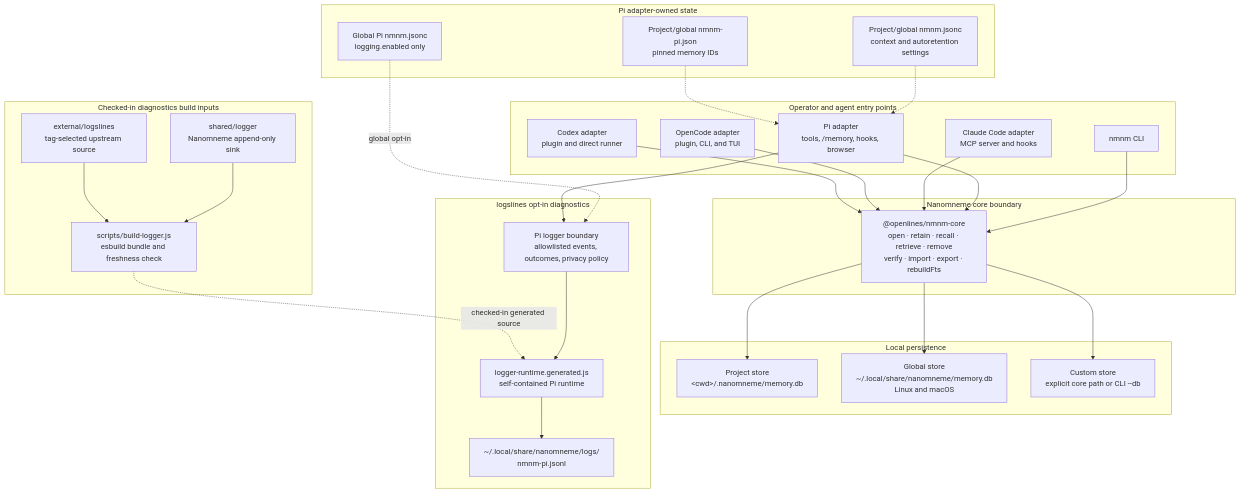
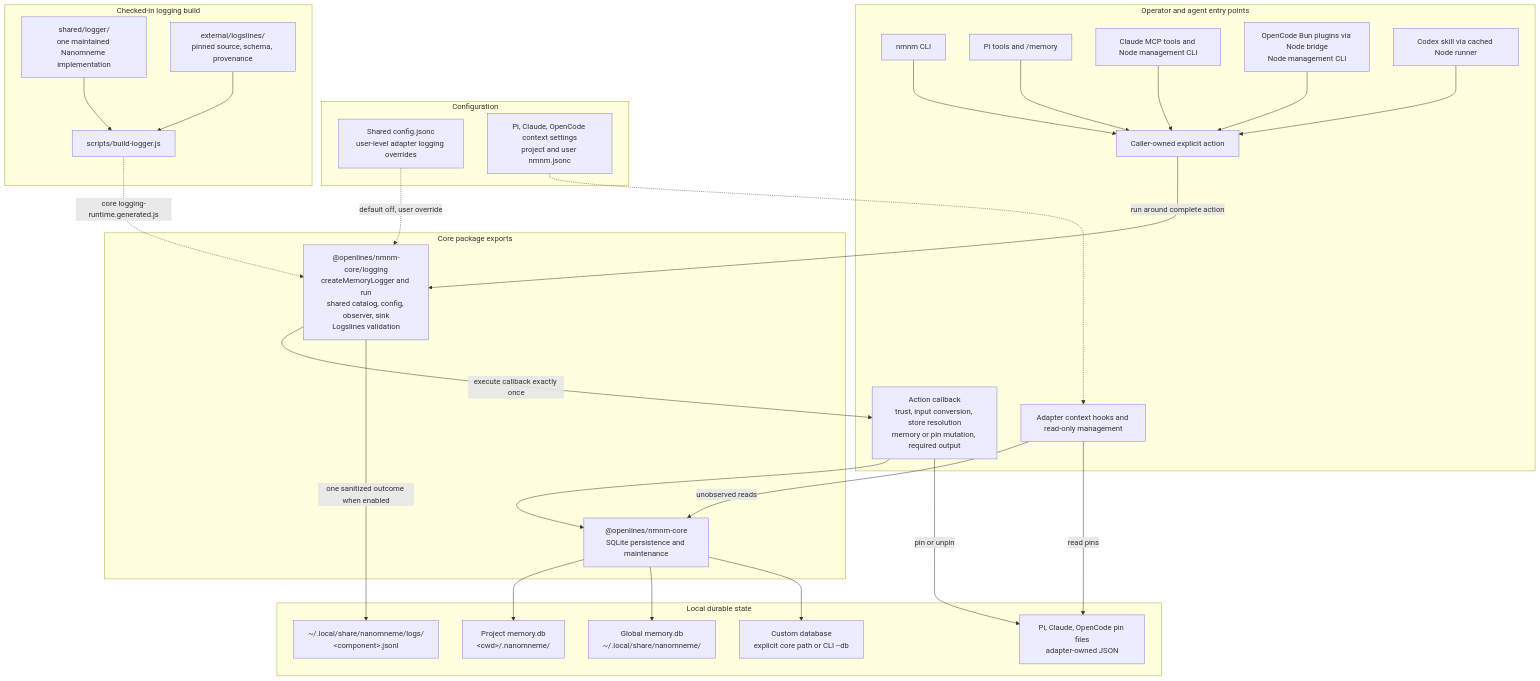
One commit to linellazatin/nanomneme changed the first of 2 diagrams in docs/ARCHITECTURE.md. Above: the diagram before and after it, drawn with Mermaid. The commit also changed other lines of this file and 14 other files, not shown here.

````diff
--- a/docs/ARCHITECTURE.md
+++ b/docs/ARCHITECTURE.md
@@ -7,59 +7,58 @@
 ```mermaid
 flowchart TB
   subgraph entry[Operator and agent entry points]
     CLI["nmnm CLI"]
-    PI["Pi adapter\ntools, /memory, hooks, browser"]
-    CLAUDE["Claude Code adapter\nMCP server and hooks"]
-    OPENCODE["OpenCode adapter\nplugin, CLI, and TUI"]
-    CODEX["Codex adapter\nplugin and direct runner"]
+    PI["Pi tools and /memory"]
+    CLAUDE["Claude MCP tools and Node management CLI"]
+    OPENCODE["OpenCode Bun plugins via Node bridge\nNode management CLI"]
+    CODEX["Codex skill via cached Node runner"]
+    CONTEXT["Adapter context hooks and read-only management"]
+    ACTION["Caller-owned explicit action"]
+    CALLBACK["Action callback\ntrust, input conversion, store resolution\nmemory or pin mutation, required output"]
   end
 
-  subgraph core[Nanomneme core boundary]
-    API["@openlines/nmnm-core\nopen · retain · recall · retrieve · remove\nverify · import · export · rebuildFts"]
+  subgraph core[Core package exports]
+    API["@openlines/nmnm-core\nSQLite persistence and maintenance"]
+    LOGGER["@openlines/nmnm-core/logging\ncreateMemoryLogger and run\nshared catalog, config, observer, sink\nLogslines validation"]
   end
 
-  subgraph persistence[Local persistence]
-    PROJECT["Project store\n&lt;cwd&gt;/.nanomneme/memory.db"]
-    GLOBAL["Global store\n~/.local/share/nanomneme/memory.db\nLinux and macOS"]
-    CUSTOM["Custom store\nexplicit core path or CLI --db"]
+  subgraph persistence[Local durable state]
+    PROJECT["Project memory.db\n&lt;cwd&gt;/.nanomneme/"]
+    GLOBAL["Global memory.db\n~/.local/share/nanomneme/"]
+    CUSTOM["Custom database\nexplicit core path or CLI --db"]
+    PINS["Pi, Claude, OpenCode pin files\nadapter-owned JSON"]
+    JSONL["~/.local/share/nanomneme/logs/\n&lt;component&gt;.jsonl"]
   end
 
-  subgraph diagnostics[logslines opt-in diagnostics]
-    CATALOG["Pi logger boundary\nallowlisted events, outcomes, privacy policy"]
-    RUNTIME["logger-runtime.generated.js\nself-contained Pi runtime"]
-    JSONL["~/.local/share/nanomneme/logs/\nnmnm-pi.jsonl"]
+  subgraph configuration[Configuration]
+    LOGGING["Shared config.jsonc\nuser-level adapter logging overrides"]
+    SETTINGS["Pi, Claude, OpenCode context settings\nproject and user nmnm.jsonc"]
   end
 
-  subgraph build[Checked-in diagnostics build inputs]
-    SHARED["shared/logger\nNanomneme append-only sink"]
-    EXTERNAL["external/logslines\ntag-selected upstream source"]
-    BUNDLE["scripts/build-logger.js\nesbuild bundle and freshness check"]
+  subgraph build[Checked-in logging build]
+    SHARED["shared/logger/\none maintained Nanomneme implementation"]
+    EXTERNAL["external/logslines/\npinned source, schema, provenance"]
+    BUNDLE["scripts/build-logger.js"]
   end
 
-  subgraph pi_state[Pi adapter-owned state]
-    SETTINGS["Project/global nmnm.jsonc\ncontext and autoretention settings"]
-    PINS["Project/global nmnm-pi.json\npinned memory IDs"]
-    LOGGING["Global Pi nmnm.jsonc\nlogging.enabled only"]
-  end
-
-  CLI --> API
-  PI --> API
-  CLAUDE --> API
-  OPENCODE --> API
-  CODEX --> API
-
+  CLI --> ACTION
+  PI --> ACTION
+  CLAUDE --> ACTION
+  OPENCODE --> ACTION
+  CODEX --> ACTION
+  ACTION -->|run around complete action| LOGGER
+  LOGGER -->|execute callback exactly once| CALLBACK
+  CALLBACK --> API
+  CALLBACK -->|pin or unpin| PINS
+  CONTEXT -->|unobserved reads| API
+  CONTEXT -->|read pins| PINS
+  SETTINGS -.-> CONTEXT
+  LOGGING -.->|default off, user override| LOGGER
   API --> PROJECT
   API --> GLOBAL
   API --> CUSTOM
-
-  SETTINGS -.-> PI
-  PINS -.-> PI
-  LOGGING -.->|global opt-in| CATALOG
-  PI --> CATALOG
-  CATALOG --> RUNTIME
-  RUNTIME --> JSONL
-
+  LOGGER -->|one sanitized outcome when enabled| JSONL
   SHARED --> BUNDLE
   EXTERNAL --> BUNDLE
-  BUNDLE -.->|checked-in generated source| RUNTIME
+  BUNDLE -.->|core logging-runtime.generated.js| LOGGER
 ```
````
